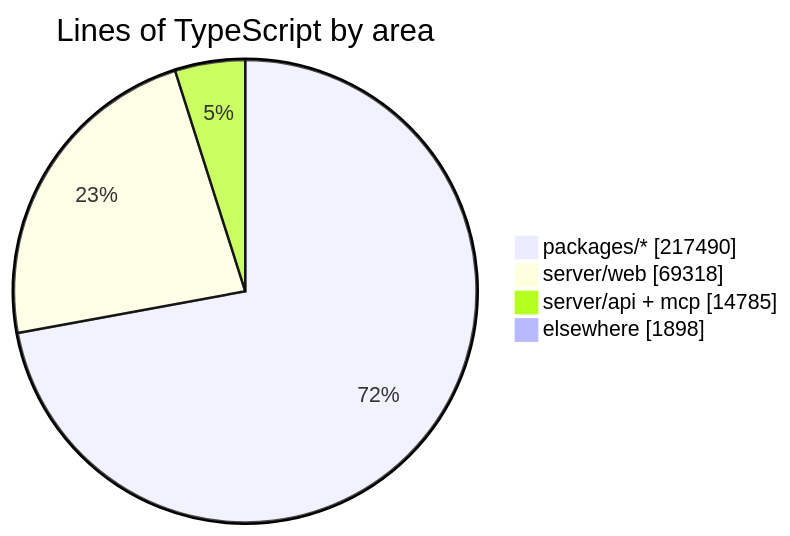
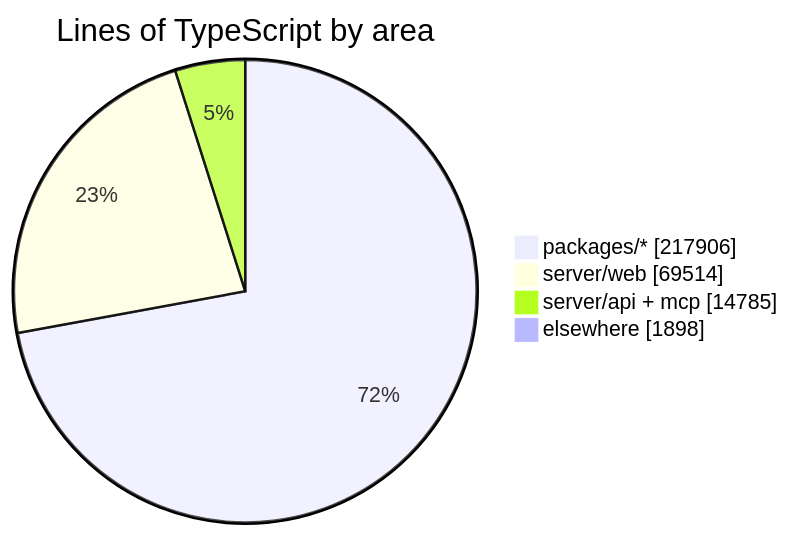
The diagram in README.md (crossworks-engineering/mantle), drawn with Mermaid before and after one commit. The commit also changed other lines of this file and 2 other files, not shown here.

````diff
--- a/README.md
+++ b/README.md
@@ -287,7 +287,7 @@
 ```mermaid
 pie showData title Lines of TypeScript by area
-    "packages/*" : 217490
-    "server/web" : 69318
+    "packages/*" : 217906
+    "server/web" : 69514
     "server/api + mcp" : 14785
     "elsewhere" : 1898
 ```
````
